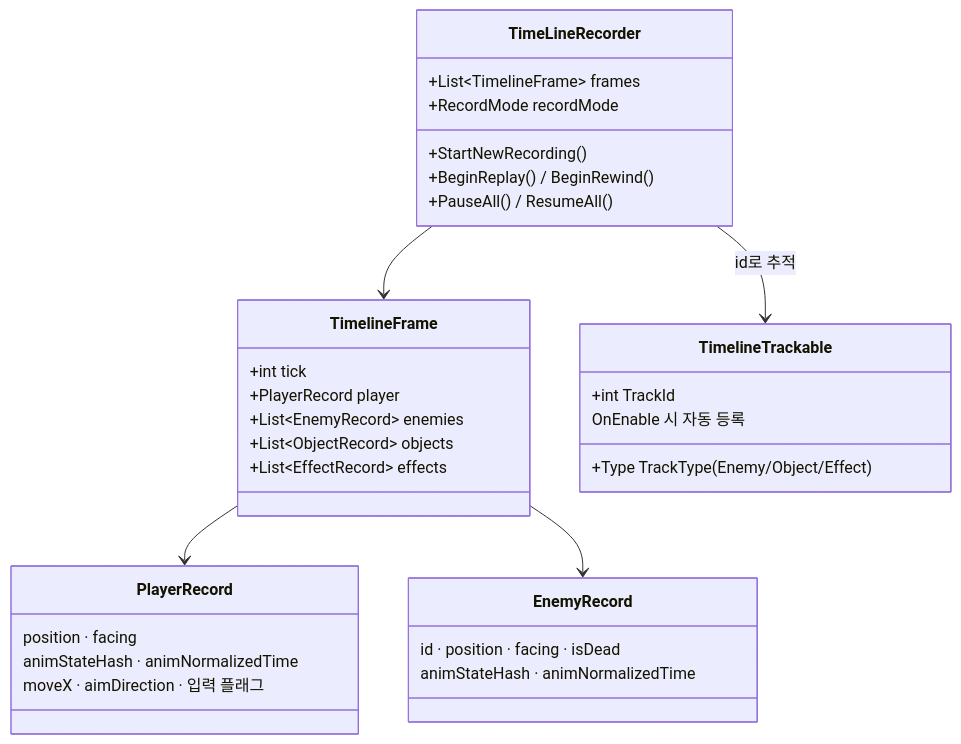
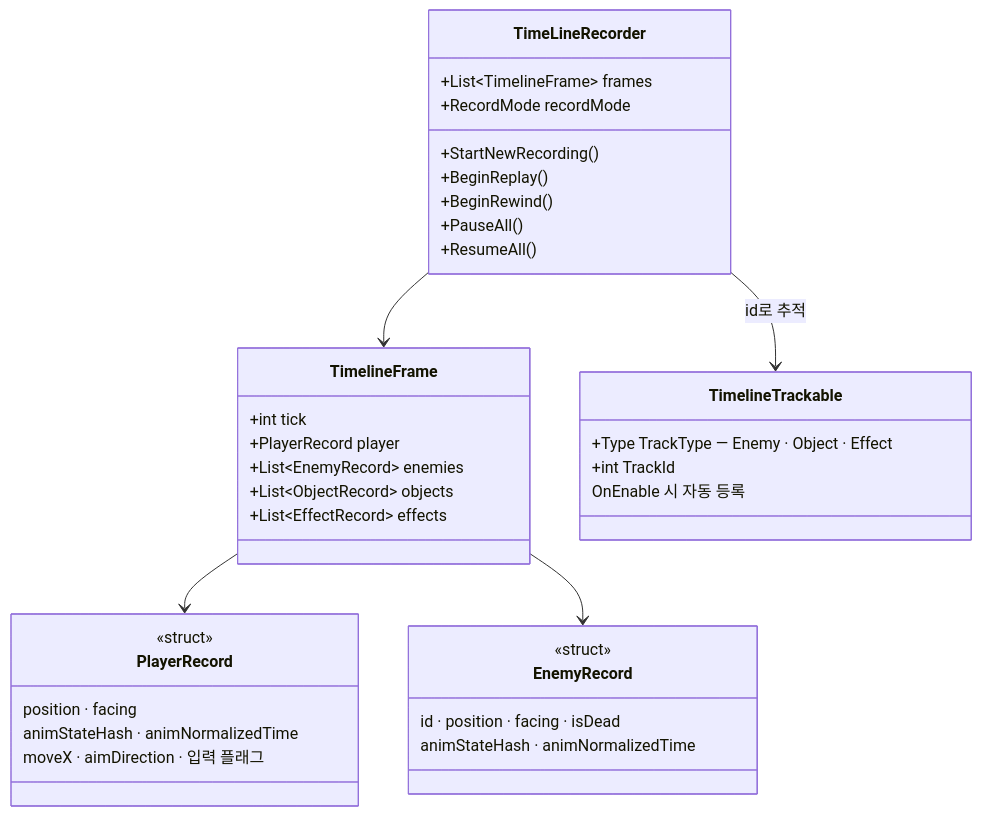
The fifth of 5 diagrams in src/02-katana-zero/기술문서.md (NaJungWon/portfolio), drawn with Mermaid before and after one commit. The commit also changed other lines of this file, not shown here.

````diff
--- a/src/02-katana-zero/기술문서.md
+++ b/src/02-katana-zero/기술문서.md
@@ -473,35 +475,39 @@
 ```mermaid
 classDiagram
     class TimeLineRecorder {
         +List~TimelineFrame~ frames
         +RecordMode recordMode
         +StartNewRecording()
-        +BeginReplay() / BeginRewind()
-        +PauseAll() / ResumeAll()
+        +BeginReplay()
+        +BeginRewind()
+        +PauseAll()
+        +ResumeAll()
     }
     class TimelineFrame {
         +int tick
         +PlayerRecord player
         +List~EnemyRecord~ enemies
         +List~ObjectRecord~ objects
         +List~EffectRecord~ effects
     }
     class PlayerRecord {
+        <<struct>>
         position · facing
         animStateHash · animNormalizedTime
         moveX · aimDirection · 입력 플래그
     }
     class EnemyRecord {
+        <<struct>>
         id · position · facing · isDead
         animStateHash · animNormalizedTime
     }
     class TimelineTrackable {
-        +Type TrackType (Enemy/Object/Effect)
+        +Type TrackType — Enemy · Object · Effect
         +int TrackId
         OnEnable 시 자동 등록
     }
     TimeLineRecorder --> TimelineFrame
     TimelineFrame --> PlayerRecord
     TimelineFrame --> EnemyRecord
     TimeLineRecorder --> TimelineTrackable : id로 추적
 ```
````
